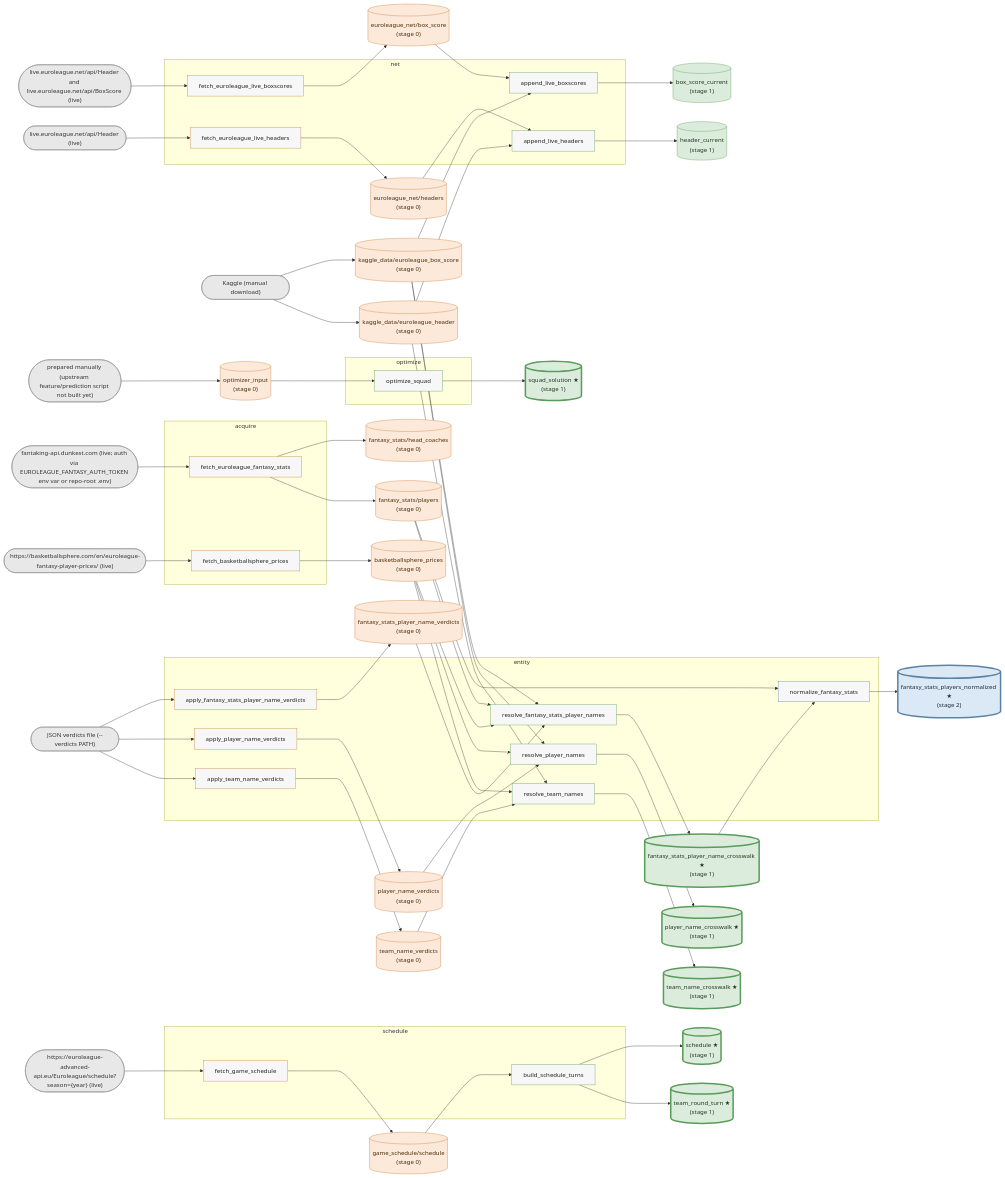
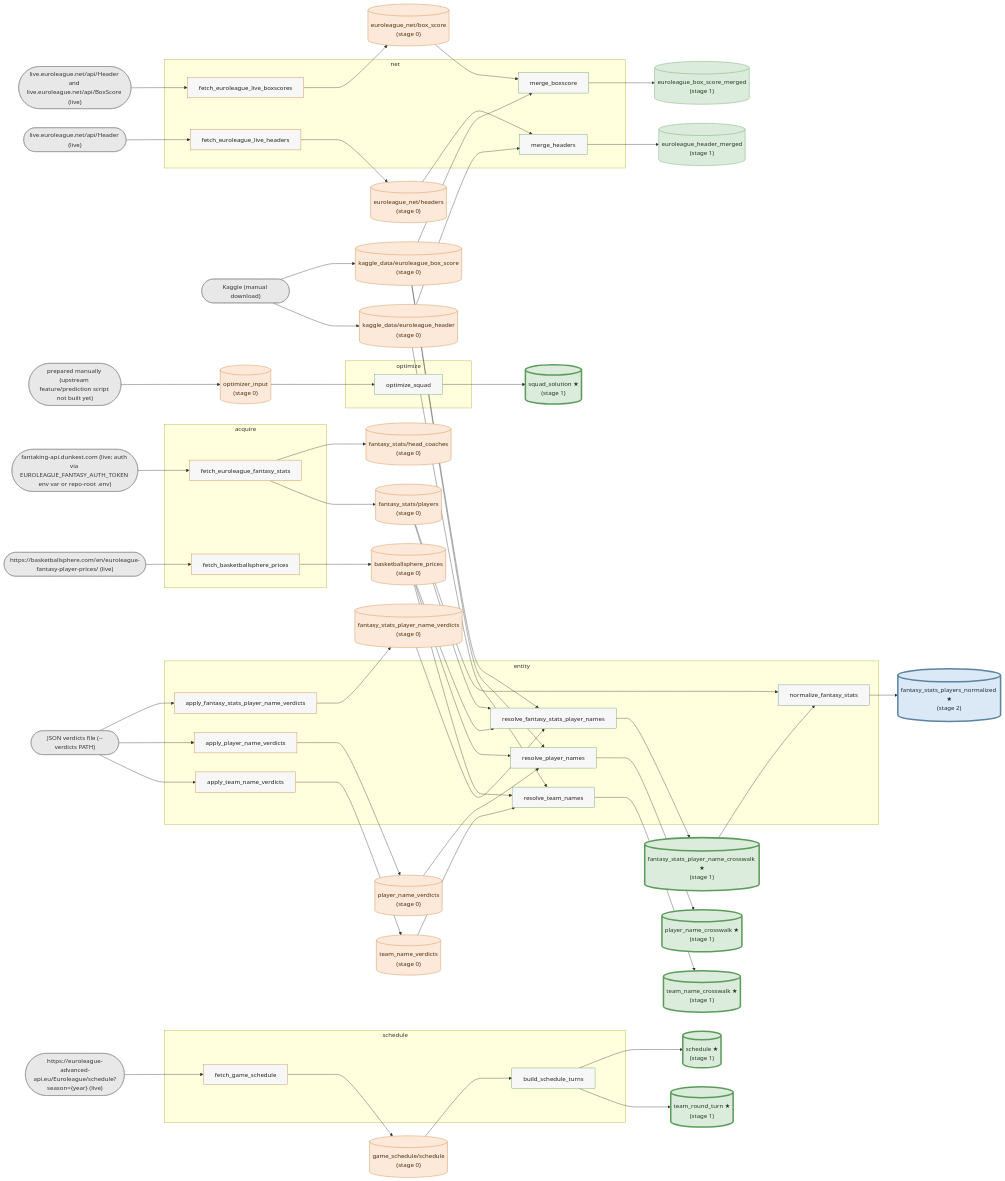
The diagram in docs/data-graph.md (Takfes/indie-euroleague), drawn with Mermaid before and after one commit. The commit also changed 16 other files, not shown here.

First line of the commit message:
refactor(transform): merge Kaggle history + live deltas with hard-fail validation

````diff
--- a/docs/data-graph.md
+++ b/docs/data-graph.md
@@ -31,10 +31,10 @@
         s_resolve_team_names["resolve_team_names"]
     end
     subgraph p_net["net"]
-        s_append_live_boxscores["append_live_boxscores"]
-        s_append_live_headers["append_live_headers"]
         s_fetch_euroleague_live_boxscores["fetch_euroleague_live_boxscores"]
         s_fetch_euroleague_live_headers["fetch_euroleague_live_headers"]
+        s_merge_boxscore["merge_boxscore"]
+        s_merge_headers["merge_headers"]
     end
     subgraph p_optimize["optimize"]
         s_optimize_squad["optimize_squad"]
@@ -57,9 +57,9 @@
     d_optimizer_input[("optimizer_input<br/>(stage 0)")]
     d_player_name_verdicts[("player_name_verdicts<br/>(stage 0)")]
     d_team_name_verdicts[("team_name_verdicts<br/>(stage 0)")]
-    d_box_score_current[("box_score_current<br/>(stage 1)")]
+    d_euroleague_box_score_merged[("euroleague_box_score_merged<br/>(stage 1)")]
+    d_euroleague_header_merged[("euroleague_header_merged<br/>(stage 1)")]
     d_fantasy_stats_player_name_crosswalk[("fantasy_stats_player_name_crosswalk ★<br/>(stage 1)")]
-    d_header_current[("header_current<br/>(stage 1)")]
     d_player_name_crosswalk[("player_name_crosswalk ★<br/>(stage 1)")]
     d_schedule[("schedule ★<br/>(stage 1)")]
     d_squad_solution[("squad_solution ★<br/>(stage 1)")]
@@ -71,23 +71,21 @@
     d_basketballsphere_prices --> s_resolve_fantasy_stats_player_names
     d_basketballsphere_prices --> s_resolve_player_names
     d_basketballsphere_prices --> s_resolve_team_names
-    d_euroleague_net_box_score --> s_append_live_boxscores
-    d_euroleague_net_headers --> s_append_live_headers
+    d_euroleague_net_box_score --> s_merge_boxscore
+    d_euroleague_net_headers --> s_merge_headers
     d_fantasy_stats_player_name_crosswalk --> s_normalize_fantasy_stats
     d_fantasy_stats_player_name_verdicts --> s_resolve_fantasy_stats_player_names
     d_fantasy_stats_players --> s_normalize_fantasy_stats
     d_fantasy_stats_players --> s_resolve_fantasy_stats_player_names
     d_game_schedule_schedule --> s_build_schedule_turns
-    d_kaggle_data_euroleague_box_score --> s_append_live_boxscores
+    d_kaggle_data_euroleague_box_score --> s_merge_boxscore
     d_kaggle_data_euroleague_box_score --> s_resolve_fantasy_stats_player_names
     d_kaggle_data_euroleague_box_score --> s_resolve_player_names
-    d_kaggle_data_euroleague_header --> s_append_live_headers
+    d_kaggle_data_euroleague_header --> s_merge_headers
     d_kaggle_data_euroleague_header --> s_resolve_team_names
     d_optimizer_input --> s_optimize_squad
     d_player_name_verdicts --> s_resolve_player_names
     d_team_name_verdicts --> s_resolve_team_names
-    s_append_live_boxscores --> d_box_score_current
-    s_append_live_headers --> d_header_current
     s_apply_fantasy_stats_player_name_verdicts --> d_fantasy_stats_player_name_verdicts
     s_apply_player_name_verdicts --> d_player_name_verdicts
     s_apply_team_name_verdicts --> d_team_name_verdicts
@@ -99,6 +97,8 @@
     s_fetch_euroleague_live_boxscores --> d_euroleague_net_box_score
     s_fetch_euroleague_live_headers --> d_euroleague_net_headers
     s_fetch_game_schedule --> d_game_schedule_schedule
+    s_merge_boxscore --> d_euroleague_box_score_merged
+    s_merge_headers --> d_euroleague_header_merged
     s_normalize_fantasy_stats --> d_fantasy_stats_players_normalized
     s_optimize_squad --> d_squad_solution
     s_resolve_fantasy_stats_player_names --> d_fantasy_stats_player_name_crosswalk
@@ -126,11 +126,11 @@
     classDef stage1_final fill:#dcecdc,stroke:#5a9c5a,color:#1e3a1e,stroke-width:4px
     classDef stage2_final fill:#dbe9f6,stroke:#5b84a3,color:#1a2b3c,stroke-width:4px
     class s_apply_fantasy_stats_player_name_verdicts,s_apply_player_name_verdicts,s_apply_team_name_verdicts,s_fetch_basketballsphere_prices,s_fetch_euroleague_fantasy_stats,s_fetch_euroleague_live_boxscores,s_fetch_euroleague_live_headers,s_fetch_game_schedule script_stage0
-    class s_append_live_boxscores,s_append_live_headers,s_build_schedule_turns,s_optimize_squad,s_resolve_fantasy_stats_player_names,s_resolve_player_names,s_resolve_team_names script_stage1
+    class s_build_schedule_turns,s_merge_boxscore,s_merge_headers,s_optimize_squad,s_resolve_fantasy_stats_player_names,s_resolve_player_names,s_resolve_team_names script_stage1
     class s_normalize_fantasy_stats script_stage2
     class x_JSON_verdicts_file____verdicts_PATH_,x_Kaggle__manual_download_,x_fantaking_api_dunkest_com__live__auth_via_EUROLEAGUE_FANTASY_AUTH_TOKEN_env_var_or_repo_root__env_,x_https___basketballsphere_com_en_euroleague_fantasy_player_prices___live_,x_https___euroleague_advanced_api_eu_Euroleague_schedule_season__year___live_,x_live_euroleague_net_api_Header__live_,x_live_euroleague_net_api_Header_and_live_euroleague_net_api_BoxScore__live_,x_prepared_manually__upstream_feature_prediction_script_not_built_yet_ source
     class d_basketballsphere_prices,d_euroleague_net_box_score,d_euroleague_net_headers,d_fantasy_stats_head_coaches,d_fantasy_stats_player_name_verdicts,d_fantasy_stats_players,d_game_schedule_schedule,d_kaggle_data_euroleague_box_score,d_kaggle_data_euroleague_header,d_optimizer_input,d_player_name_verdicts,d_team_name_verdicts stage0
-    class d_box_score_current,d_header_current stage1
+    class d_euroleague_box_score_merged,d_euroleague_header_merged stage1
     class d_fantasy_stats_player_name_crosswalk,d_player_name_crosswalk,d_schedule,d_squad_solution,d_team_name_crosswalk,d_team_round_turn stage1_final
     class d_fantasy_stats_players_normalized stage2_final
 ```
````
